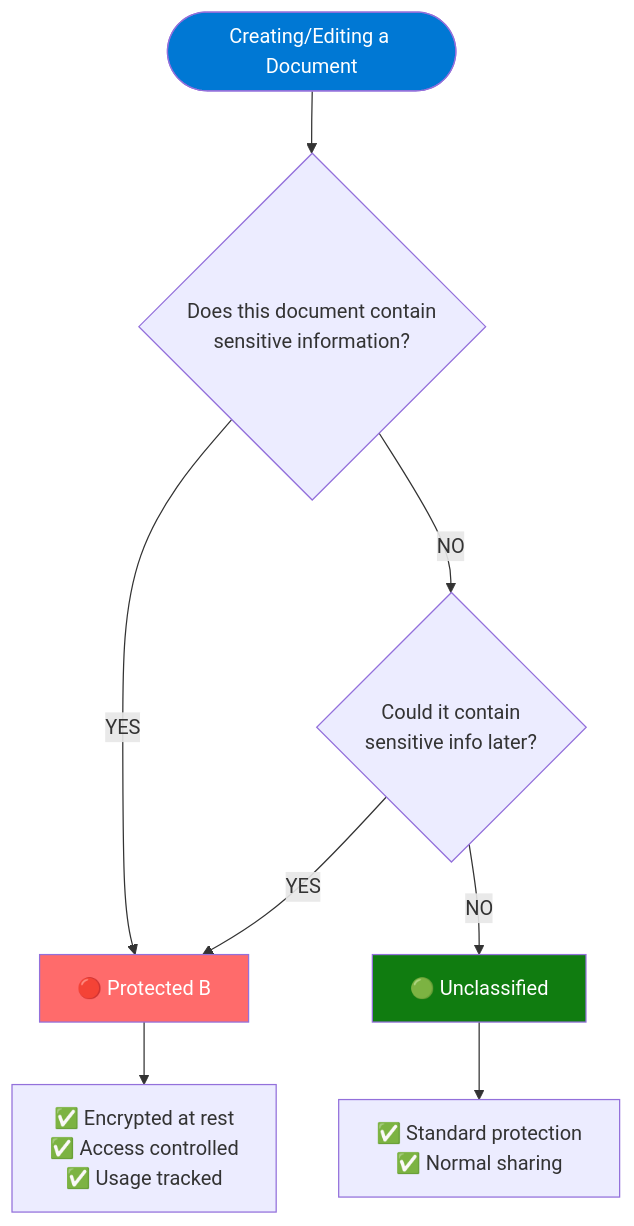
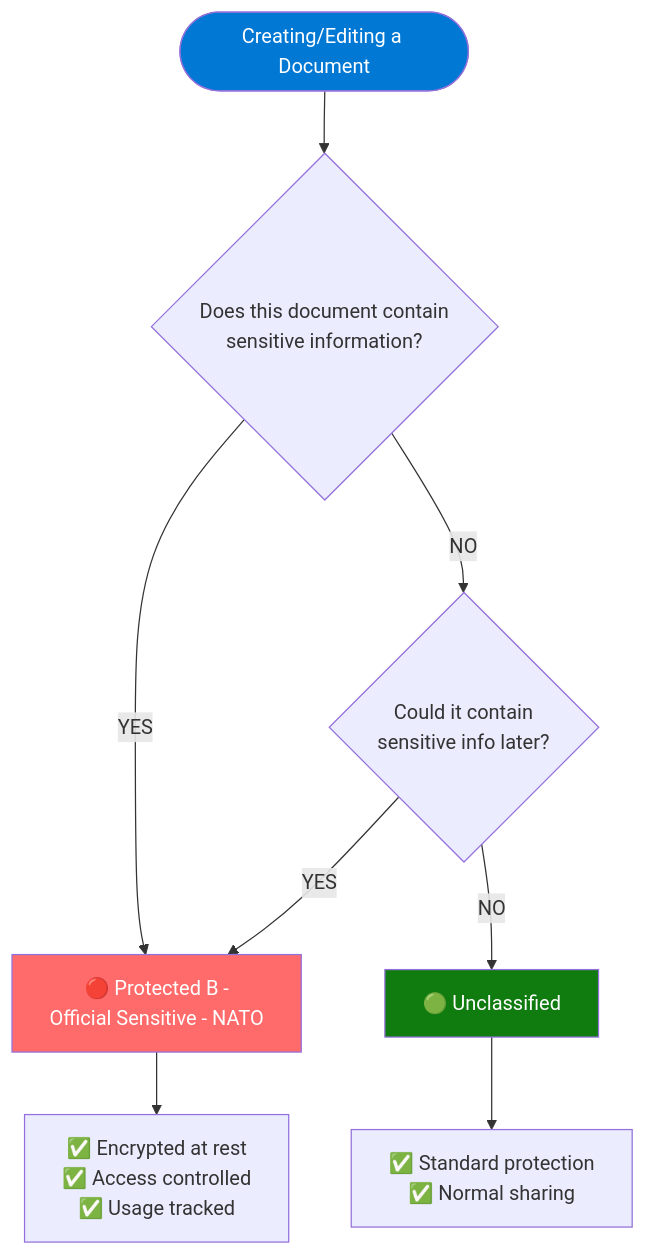
Before and after one commit to Cloudstrucc/Public: the third of 4 diagrams in docs/Teams/latest/package/DECISION-TREE-VISUAL-GUIDE.md, drawn with Mermaid. The commit also changed other lines of this file, not shown here.

````diff
--- a/docs/Teams/latest/package/DECISION-TREE-VISUAL-GUIDE.md
+++ b/docs/Teams/latest/package/DECISION-TREE-VISUAL-GUIDE.md
@@ -177,17 +180,17 @@
 ```mermaid
 flowchart TD
     Start([Creating/Editing a Document]) --> Q1{Does this document contain<br/>sensitive information?}
     
-    Q1 -->|YES| ProtB[🔴 Protected B]
+    Q1 -->|YES| ProtB[🔴 Protected B -<br/>Official Sensitive - NATO]
     Q1 -->|NO| Q2{Could it contain<br/>sensitive info later?}
     
     Q2 -->|YES| ProtB
     Q2 -->|NO| Unclass[🟢 Unclassified]
     
     ProtB --> Result1[✅ Encrypted at rest<br/>✅ Access controlled<br/>✅ Usage tracked]
     Unclass --> Result2[✅ Standard protection<br/>✅ Normal sharing]
     
     style Start fill:#0078d4,color:#fff
     style ProtB fill:#ff6b6b,color:#fff
     style Unclass fill:#107c10,color:#fff
 ```
````
